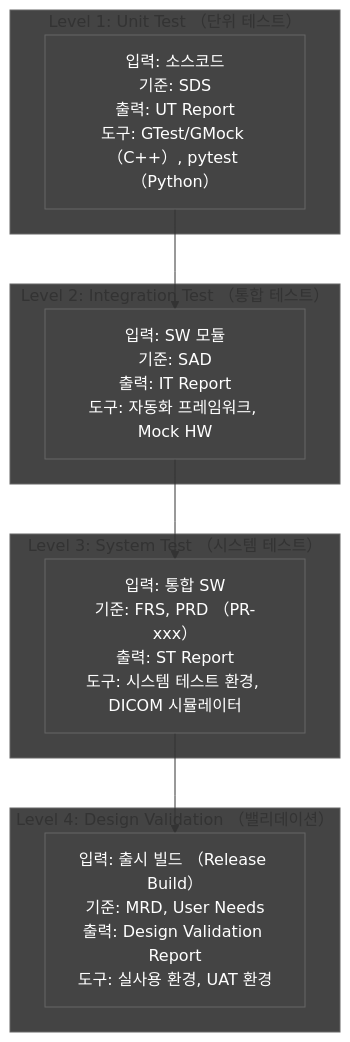
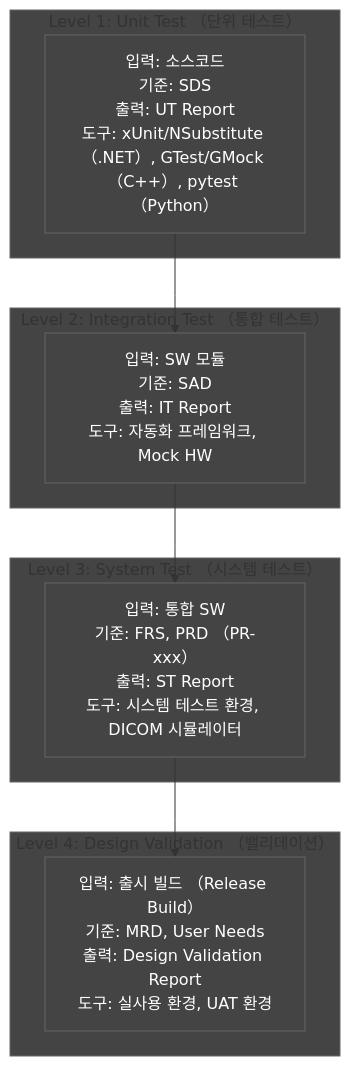
One commit to holee9/console-gui changed the third of 11 diagrams in docs/verification/DOC-011_VV_Master_Plan_v1.0.md. Above: the diagram before and after it, drawn with Mermaid. The commit also changed other lines of this file and 8 other files, not shown here.

````diff
--- a/docs/verification/DOC-011_VV_Master_Plan_v1.0.md
+++ b/docs/verification/DOC-011_VV_Master_Plan_v1.0.md
@@ -231,23 +237,23 @@
 ```mermaid
 flowchart TB
     classDef default fill:#444,stroke:#666,color:#fff
     subgraph L4["Level 4: Design Validation （밸리데이션）"]
         L4A["입력: 출시 빌드 （Release Build）\n기준: MRD, User Needs\n출력: Design Validation Report\n도구: 실사용 환경, UAT 환경"]
     end
     subgraph L3["Level 3: System Test （시스템 테스트）"]
         L3A["입력: 통합 SW\n기준: FRS, PRD （PR-xxx）\n출력: ST Report\n도구: 시스템 테스트 환경, DICOM 시뮬레이터"]
     end
     subgraph L2["Level 2: Integration Test （통합 테스트）"]
         L2A["입력: SW 모듈\n기준: SAD\n출력: IT Report\n도구: 자동화 프레임워크, Mock HW"]
     end
     subgraph L1["Level 1: Unit Test （단위 테스트）"]
-        L1A["입력: 소스코드\n기준: SDS\n출력: UT Report\n도구: GTest/GMock （C++）, pytest （Python）"]
+        L1A["입력: 소스코드\n기준: SDS\n출력: UT Report\n도구: xUnit/NSubstitute （.NET）, GTest/GMock （C++）, pytest （Python）"]
     end
 
     L1A --> L2A --> L3A --> L4A
 
     style L1 fill:#444,stroke:#666
     style L2 fill:#444,stroke:#666
     style L3 fill:#444,stroke:#666
     style L4 fill:#444,stroke:#666
 ```
````
